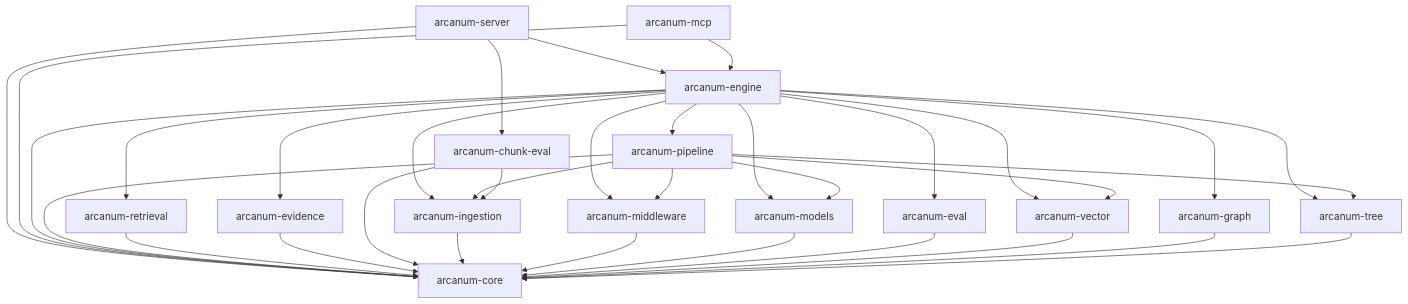
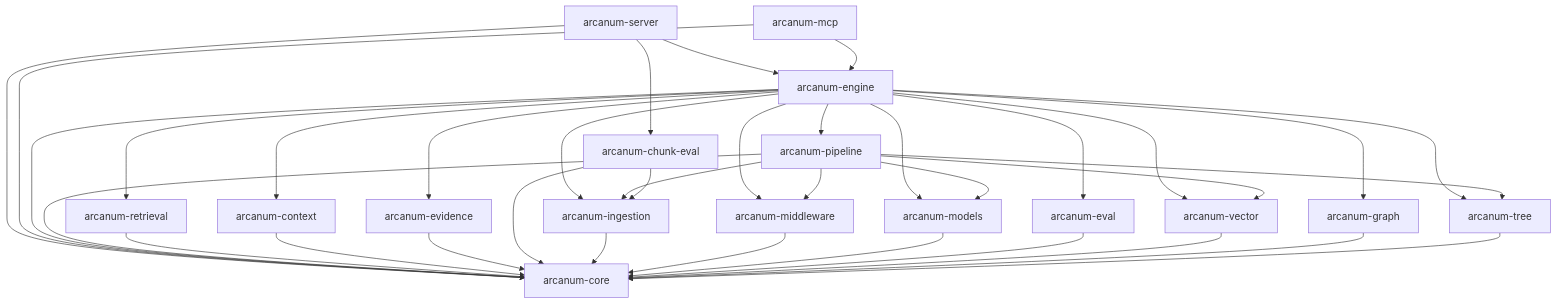
Before and after one commit to sirius-zuo/arcanum: the diagram in wiki/README.md, drawn with Mermaid. The commit also changed other lines of this file and 5 other files, not shown here.

````diff
--- a/wiki/README.md
+++ b/wiki/README.md
@@ -13,36 +13,38 @@
 ```mermaid
 graph TD
     server[arcanum-server] --> engine[arcanum-engine]
     server --> chunk-eval[arcanum-chunk-eval]
     server --> core[arcanum-core]
     mcp[arcanum-mcp] --> engine
     mcp --> core
     engine --> retrieval[arcanum-retrieval]
+    engine --> context[arcanum-context]
     engine --> pipeline[arcanum-pipeline]
     engine --> evidence[arcanum-evidence]
     engine --> eval[arcanum-eval]
     engine --> ingestion[arcanum-ingestion]
     engine --> models[arcanum-models]
     engine --> middleware[arcanum-middleware]
     engine --> vector[arcanum-vector]
     engine --> graphComp[arcanum-graph]
     engine --> tree[arcanum-tree]
     engine --> core
     pipeline --> ingestion
     pipeline --> tree
     pipeline --> vector
     pipeline --> models
     pipeline --> middleware
     pipeline --> core
     retrieval --> core
+    context --> core
     evidence --> core
     chunk-eval --> ingestion
     chunk-eval --> core
     ingestion --> core
     middleware --> core
     models --> core
     eval --> core
     vector --> core
     graphComp --> core
     tree --> core
 ```
````
